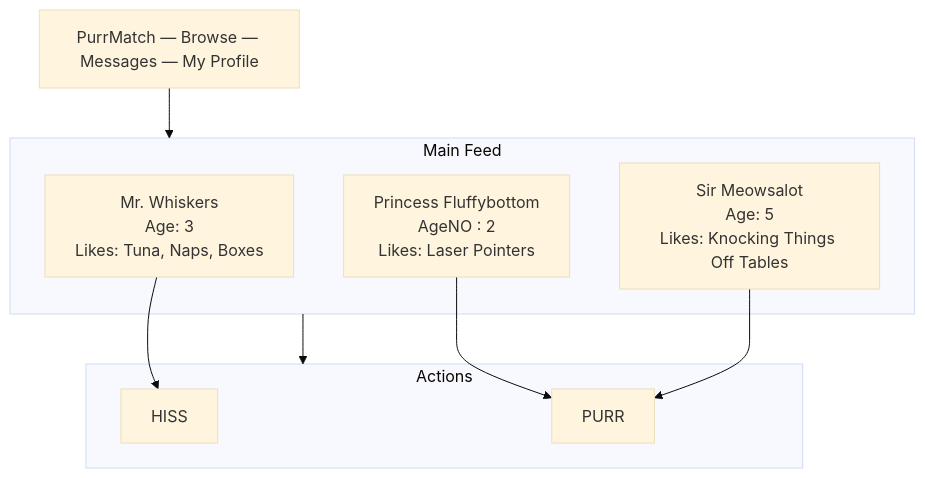
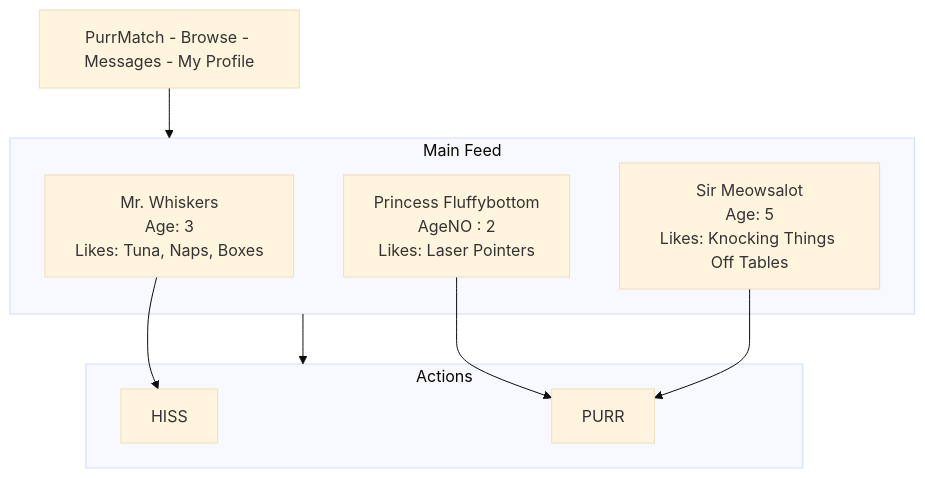
The first of 6 diagrams in Naiad/src/test-renders/Wireframe.md (scottgal/lucidview), drawn with Mermaid (base theme) before and after one commit. The commit also changed other lines of this file and 16 other files, not shown here.

````diff
--- a/Naiad/src/test-renders/Wireframe.md
+++ b/Naiad/src/test-renders/Wireframe.md
@@ -9,20 +9,20 @@
 ```mermaid
 %% naiad: skinPack=wireframe
 %% naiad: shapes nav=navbar, card1=card, card2=card, card3=card, hiss=button, purr=button
 flowchart TD
-    nav["PurrMatch — Browse — Messages — My Profile"]
+    nav["PurrMatch - Browse - Messages - My Profile"]
     subgraph main["Main Feed"]
         card1["Mr. Whiskers\nAge: 3\nLikes: Tuna, Naps, Boxes"]
         card2["Princess Fluffybottom\nAgeNO : 2\nLikes: Laser Pointers"]
         card3["Sir Meowsalot\nAge: 5\nLikes: Knocking Things Off Tables"]
     end
     subgraph actions["Actions"]
         hiss["HISS"]
         purr["PURR"]
     end
     nav --> main
     main --> actions
     card1 --> hiss
     card2 --> purr
     card3 --> purr
 ```
````
